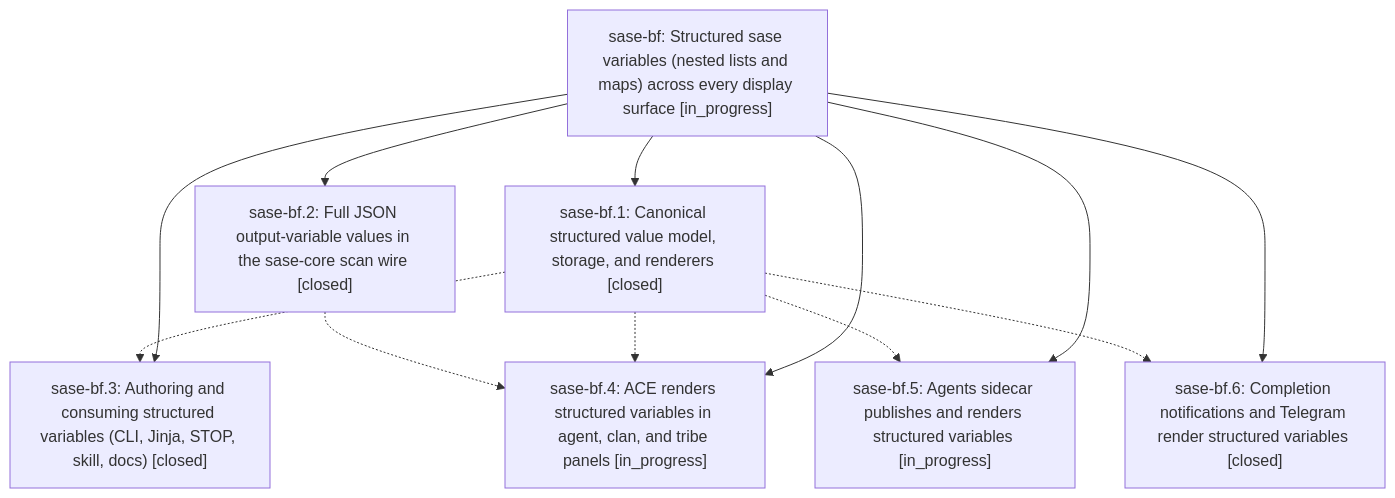
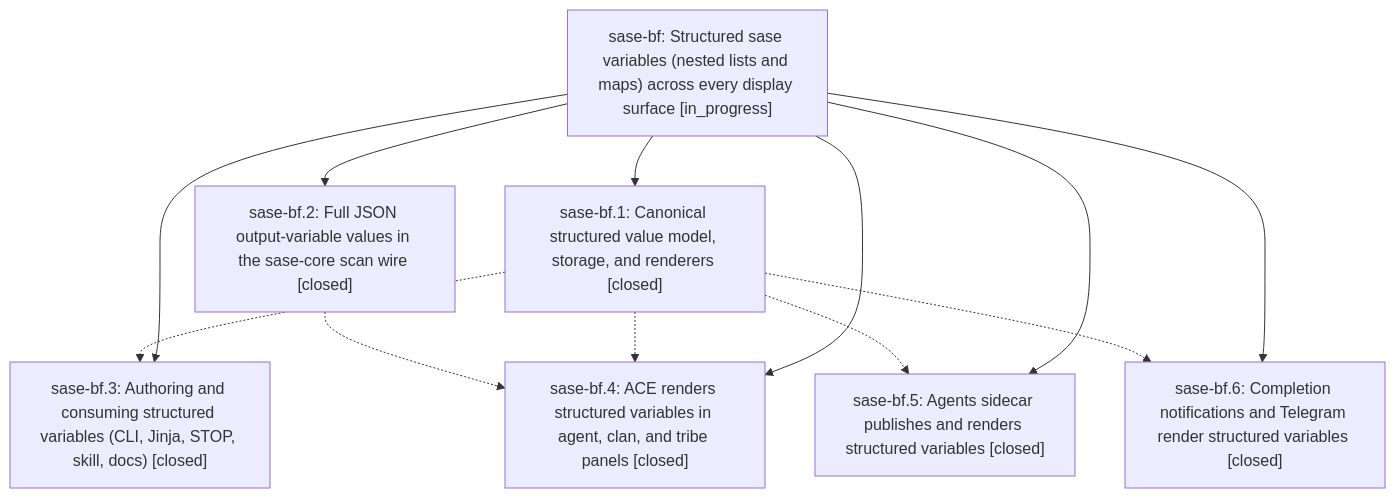
One commit to sase-org/sase--beads changed the diagram in pages/sase-bf/README.md. Above: the diagram before and after it, drawn with Mermaid. The commit also changed other lines of this file and 4 other files, not shown here.

````diff
--- a/pages/sase-bf/README.md
+++ b/pages/sase-bf/README.md
@@ -27,21 +27,21 @@
 ```mermaid
 flowchart TD
     n0["sase-bf: Structured sase variables (nested lists and maps) across every display surface [in_progress]"]
     n1["sase-bf.1: Canonical structured value model, storage, and renderers [closed]"]
     n2["sase-bf.2: Full JSON output-variable values in the sase-core scan wire [closed]"]
     n3["sase-bf.3: Authoring and consuming structured variables (CLI, Jinja, STOP, skill, docs) [closed]"]
-    n4["sase-bf.4: ACE renders structured variables in agent, clan, and tribe panels [in_progress]"]
-    n5["sase-bf.5: Agents sidecar publishes and renders structured variables [in_progress]"]
+    n4["sase-bf.4: ACE renders structured variables in agent, clan, and tribe panels [closed]"]
+    n5["sase-bf.5: Agents sidecar publishes and renders structured variables [closed]"]
     n6["sase-bf.6: Completion notifications and Telegram render structured variables [closed]"]
     n0 --> n1
     n0 --> n2
     n0 --> n3
     n0 --> n4
     n0 --> n5
     n0 --> n6
     n1 -.-> n3
     n1 -.-> n4
     n1 -.-> n5
     n1 -.-> n6
     n2 -.-> n4
 ```
````
